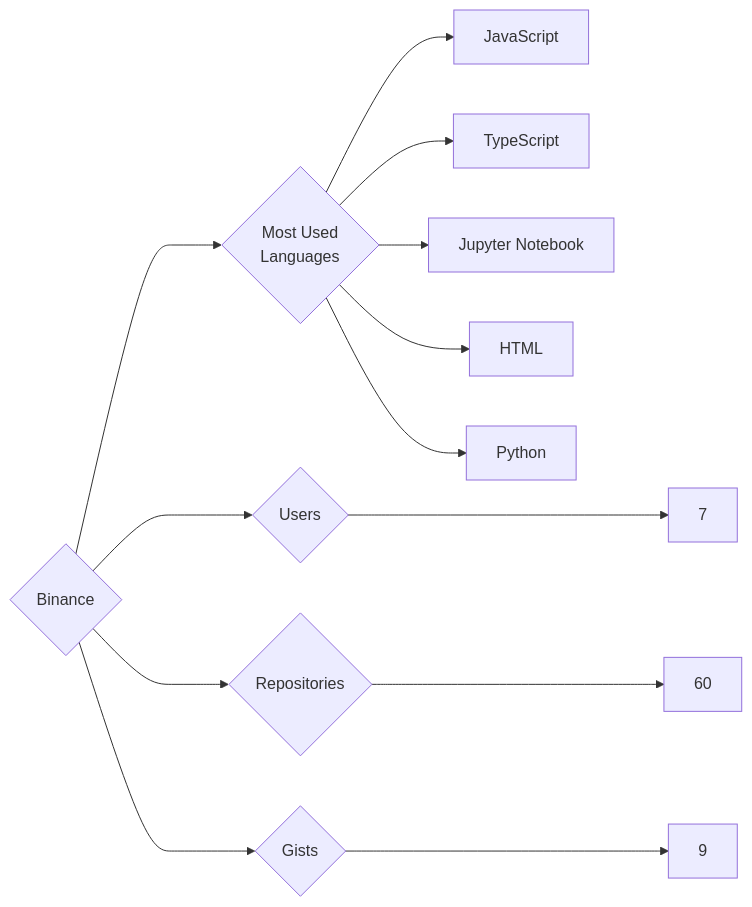
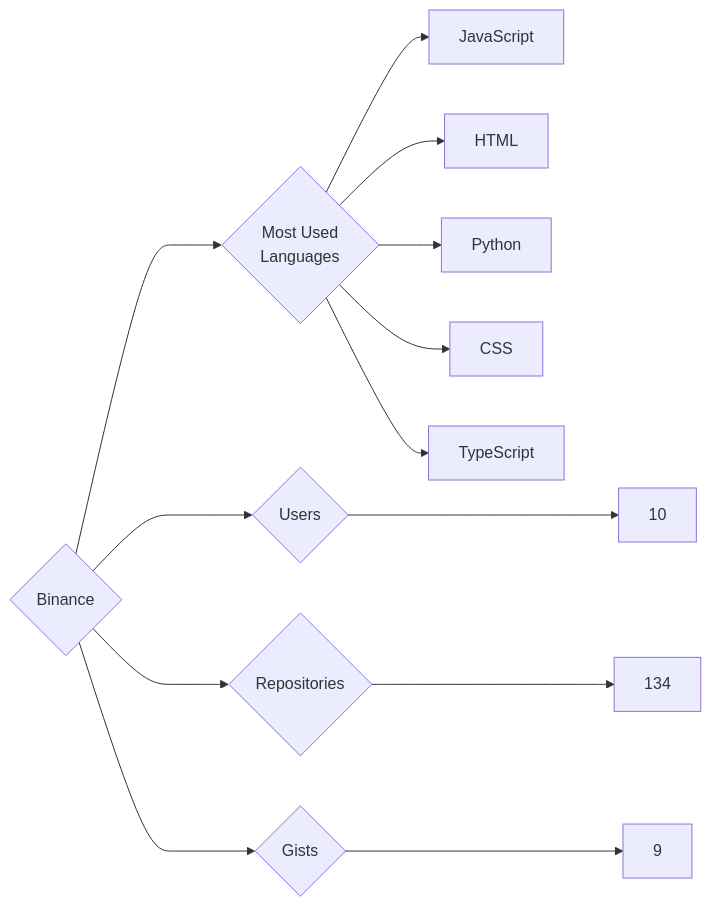
One commit to trickest/insiders changed the diagram in targets/Binance/README.md. Above: the diagram before and after it, drawn with Mermaid. The commit also changed 870 other files, not shown here.

````diff
--- a/targets/Binance/README.md
+++ b/targets/Binance/README.md
@@ -3,13 +3,13 @@
 ```mermaid
 graph LR
 COMPANY_NAME{Binance}
-COMPANY_NAME ---> U{Users} ---> UN[7]
-COMPANY_NAME ---> R{Repositories} ---> RN[60]
+COMPANY_NAME ---> U{Users} ---> UN[10]
+COMPANY_NAME ---> R{Repositories} ---> RN[134]
 COMPANY_NAME ---> G{Gists} ---> GN[9]
 COMPANY_NAME ---> ML{Most Used<br>Languages}
 ML --> JavaScript[JavaScript]
-ML --> TypeScript[TypeScript]
-ML --> Jupyter_Notebook[Jupyter Notebook]
 ML --> HTML[HTML]
 ML --> Python[Python]
+ML --> CSS[CSS]
+ML --> TypeScript[TypeScript]
 ```
````
